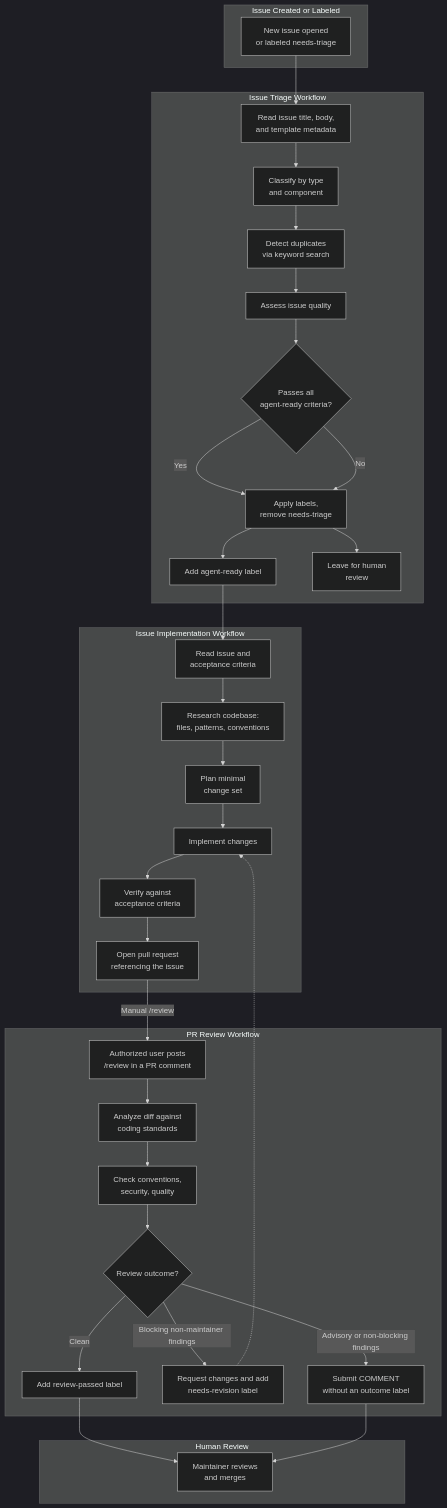
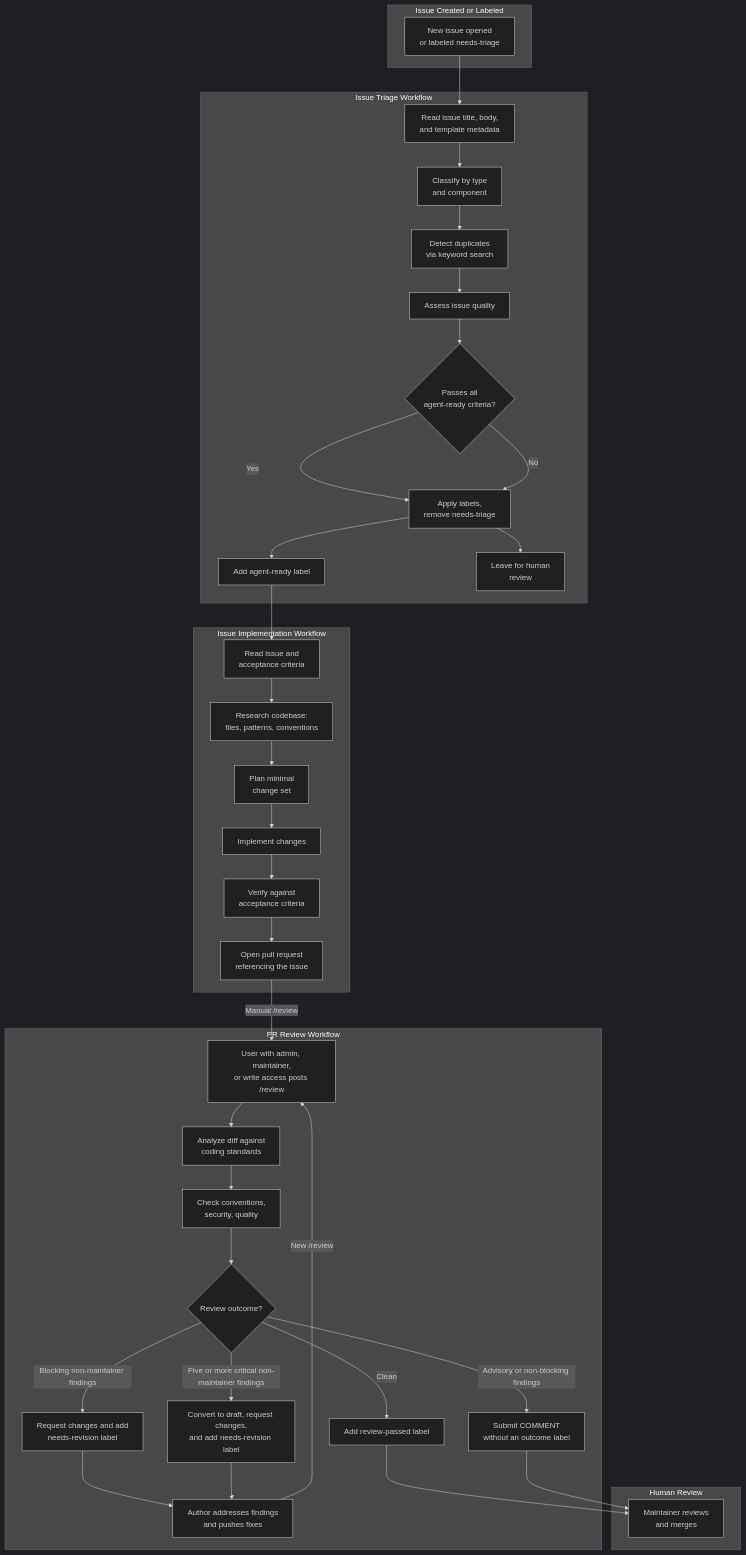
One commit to microsoft/hve-core changed the first of 3 diagrams in docs/architecture/agentic-workflows.md. Above: the diagram before and after it, drawn with Mermaid (dark theme). The commit also changed other lines of this file, not shown here.

First line of the commit message:
docs(architecture): resolve workflow documentation drift

````diff
--- a/docs/architecture/agentic-workflows.md
+++ b/docs/architecture/agentic-workflows.md
@@ -24,66 +24,71 @@
 ```mermaid
 flowchart TD
     subgraph TRIGGER["Issue Created or Labeled"]
         A["New issue opened<br/>or labeled needs-triage"]
     end
 
     subgraph TRIAGE["Issue Triage Workflow"]
         B["Read issue title, body,<br/>and template metadata"]
         C["Classify by type<br/>and component"]
         D["Detect duplicates<br/>via keyword search"]
         E["Assess issue quality"]
         H{"Passes all<br/>agent-ready criteria?"}
         I["Apply labels,<br/>remove needs-triage"]
         J["Add agent-ready label"]
         K["Leave for human<br/>review"]
     end
 
     subgraph IMPLEMENT["Issue Implementation Workflow"]
         L["Read issue and<br/>acceptance criteria"]
         M["Research codebase:<br/>files, patterns, conventions"]
         N["Plan minimal<br/>change set"]
         O["Implement changes"]
         P["Verify against<br/>acceptance criteria"]
         Q["Open pull request<br/>referencing the issue"]
     end
 
     subgraph REVIEW["PR Review Workflow"]
-        R["Authorized user posts<br/>/review in a PR comment"]
+        R["User with admin, maintainer,<br/>or write access posts /review"]
         S["Analyze diff against<br/>coding standards"]
         T["Check conventions,<br/>security, quality"]
         U{"Review outcome?"}
         V["Add review-passed label"]
         W["Request changes and add<br/>needs-revision label"]
         Y["Submit COMMENT<br/>without an outcome label"]
+        Z["Convert to draft, request changes,<br/>and add needs-revision label"]
+        AA["Author addresses findings<br/>and pushes fixes"]
     end
 
     subgraph HUMAN["Human Review"]
         X["Maintainer reviews<br/>and merges"]
     end
 
     A --> B
     B --> C
     C --> D
     D --> E
     E --> H
     H -- Yes --> I
     I --> J
     H -- No --> I
     I --> K
     J --> L
     L --> M
     M --> N
     N --> O
     O --> P
     P --> Q
     Q -->|"Manual /review"| R
     R --> S
     S --> T
     T --> U
     U -- Clean --> V
     V --> X
     U -- "Blocking non-maintainer findings" --> W
+    U -- "Five or more critical non-maintainer findings" --> Z
     U -- "Advisory or non-blocking findings" --> Y
     Y --> X
-    W -.-> O
+    W --> AA
+    Z --> AA
+    AA -->|"New /review"| R
 ```
````
